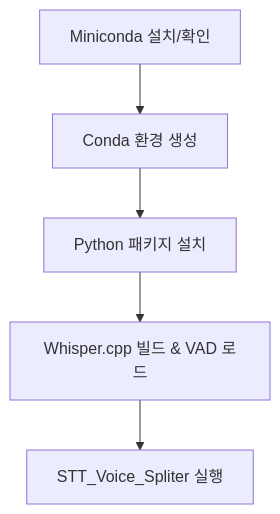
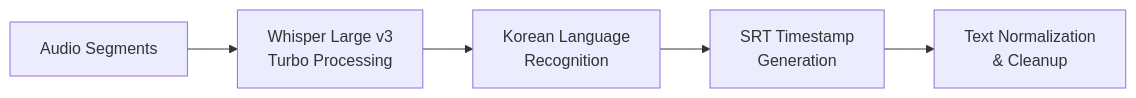
One commit to MuseBlossom-Development/ai-dubbing-system changed the third of 6 diagrams in README.md. Above: the diagram before and after it, drawn with Mermaid. The commit also changed other lines of this file and 2 other files, not shown here.

````diff
--- a/README.md
+++ b/README.md
@@ -63,7 +89,7 @@
 ```mermaid
-graph TD
-    A[Miniconda 설치/확인] --> B[Conda 환경 생성]
-    B --> C[Python 패키지 설치]
-    C --> D[Whisper.cpp 빌드 & VAD 로드]
-    D --> E[STT_Voice_Spliter 실행]
+flowchart LR
+    A[Audio Segments] --> B[Whisper Large v3<br/>Turbo Processing]
+    B --> C[Korean Language<br/>Recognition]
+    C --> D[SRT Timestamp<br/>Generation]
+    D --> E[Text Normalization<br/>& Cleanup]
 ```
````
